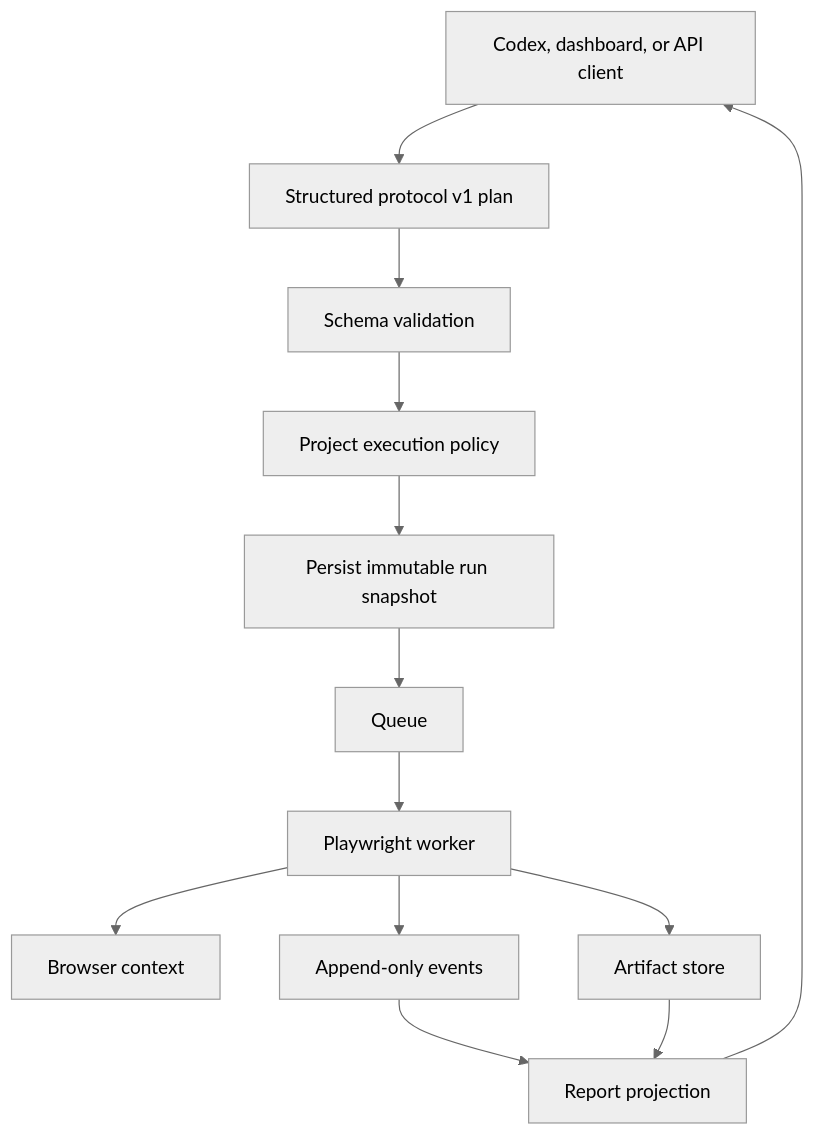
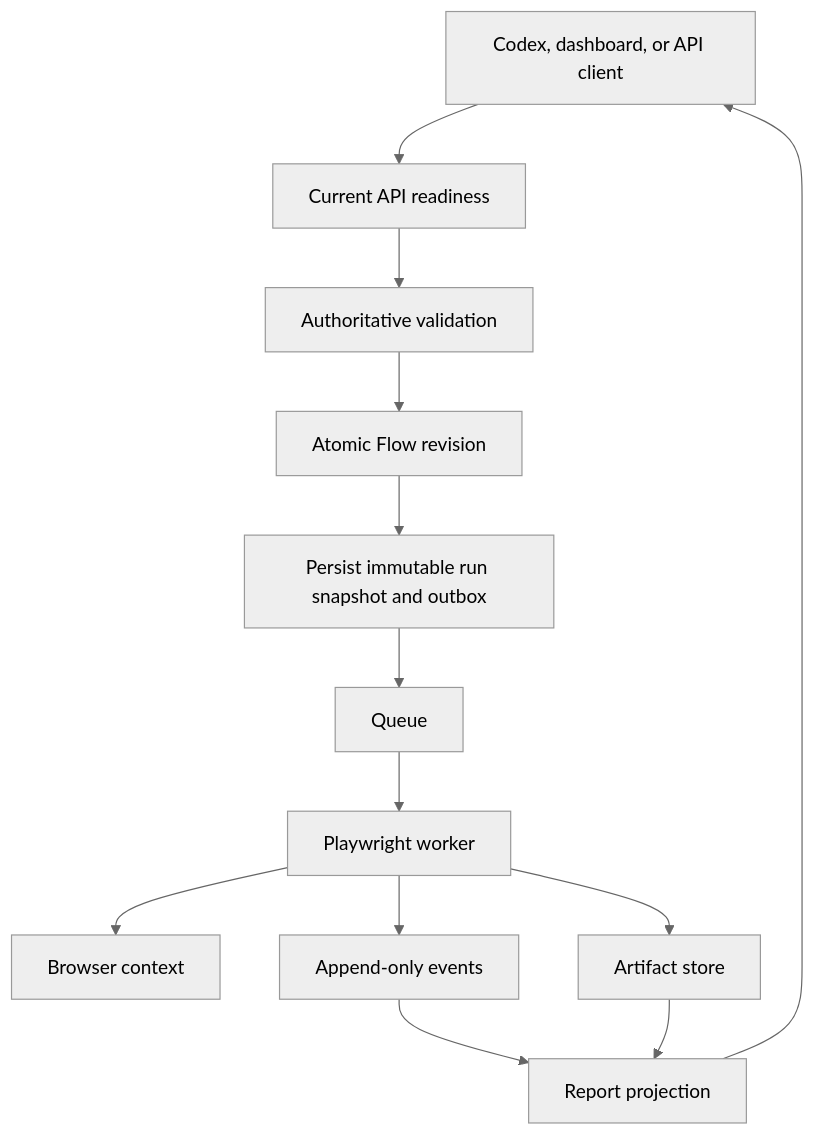
Before and after one commit to Kahmyl/scry: the diagram in docs/architecture/overview.md, drawn with Mermaid (neutral theme). The commit also changed other lines of this file and 196 other files, not shown here.

````diff
--- a/docs/architecture/overview.md
+++ b/docs/architecture/overview.md
@@ -3,15 +5,15 @@
 ```mermaid
 flowchart TD
-    A["Codex, dashboard, or API client"] --> B["Structured protocol v1 plan"]
-    B --> C["Schema validation"]
-    C --> D["Project execution policy"]
-    D --> E["Persist immutable run snapshot"]
+    A["Codex, dashboard, or API client"] --> B["Current API readiness"]
+    B --> C["Authoritative validation"]
+    C --> D["Atomic Flow revision"]
+    D --> E["Persist immutable run snapshot and outbox"]
     E --> F["Queue"]
     F --> G["Playwright worker"]
     G --> H["Browser context"]
     G --> I["Append-only events"]
     G --> J["Artifact store"]
     I --> K["Report projection"]
     J --> K
     K --> A
 ```
````
